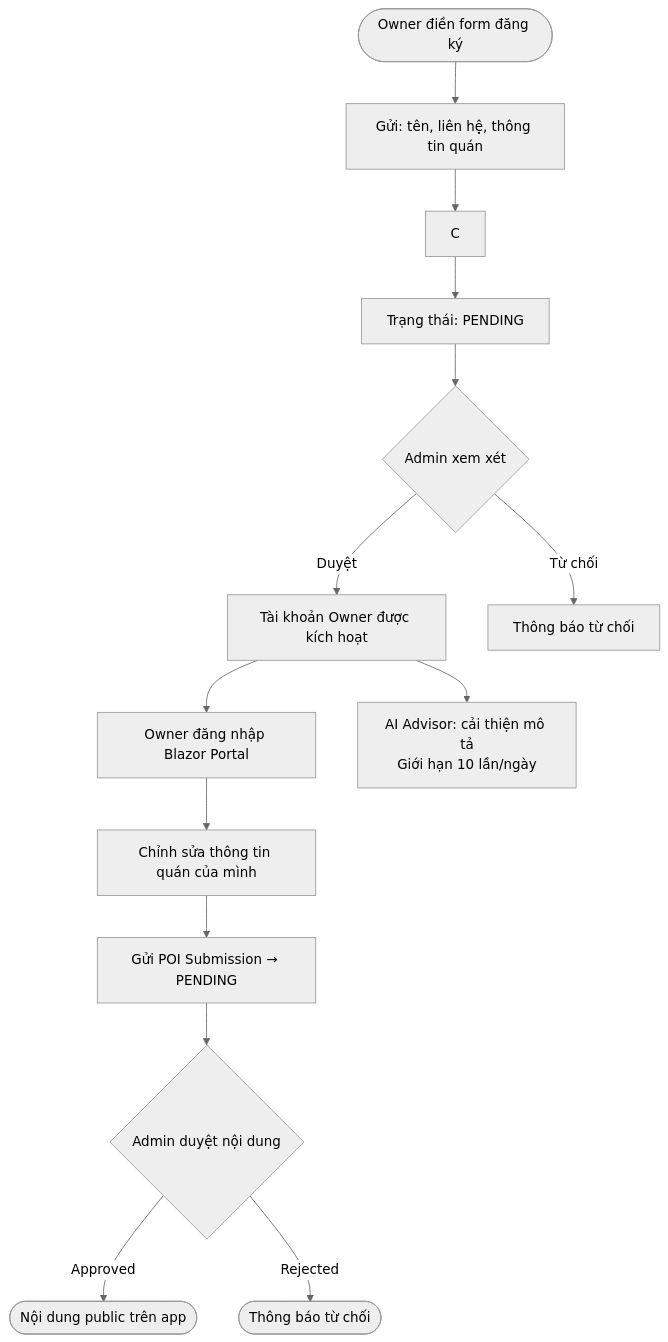
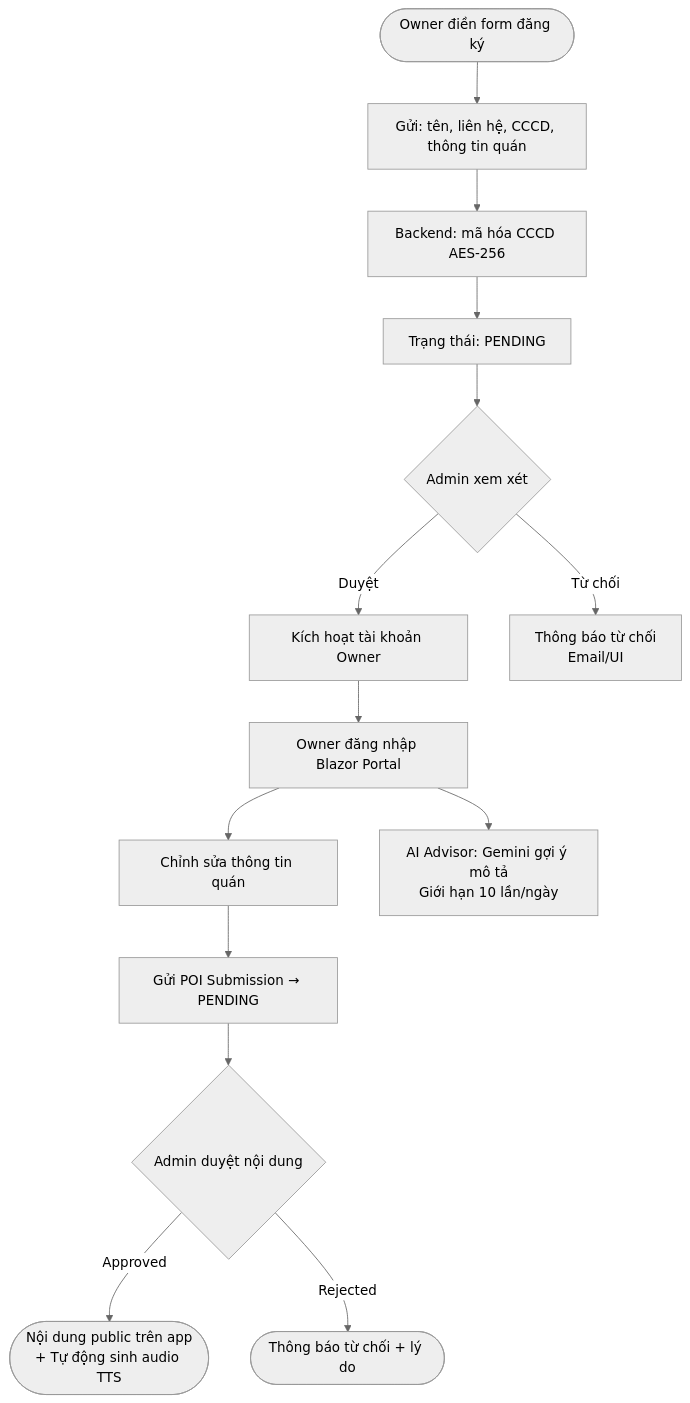
The seventh of 9 diagrams in README.md (DZT711/Audio_Guide_App), drawn with Mermaid (neutral theme) before and after one commit. The commit also changed other lines of this file, not shown here.

````diff
--- a/README.md
+++ b/README.md
@@ -265,16 +645,16 @@
 ```mermaid
 flowchart TD
-    A([Owner điền form đăng ký]) --> B[Gửi: tên, liên hệ, thông tin quán]
-    B --> C
+    A([Owner điền form đăng ký]) --> B[Gửi: tên, liên hệ, CCCD, thông tin quán]
+    B --> C[Backend: mã hóa CCCD AES-256]
     C --> D[Trạng thái: PENDING]
     D --> E{Admin xem xét}
-    E -- Duyệt --> F[Tài khoản Owner được kích hoạt]
-    E -- Từ chối --> G[Thông báo từ chối]
+    E -- Duyệt --> F[Kích hoạt tài khoản Owner]
+    E -- Từ chối --> G[Thông báo từ chối\nEmail/UI]
     F --> H[Owner đăng nhập Blazor Portal]
-    H --> I[Chỉnh sửa thông tin quán của mình]
+    H --> I[Chỉnh sửa thông tin quán]
     I --> J[Gửi POI Submission → PENDING]
     J --> K{Admin duyệt nội dung}
-    K -- Approved --> L([Nội dung public trên app])
-    K -- Rejected --> M([Thông báo từ chối])
-    F --> N[AI Advisor: cải thiện mô tả\nGiới hạn 10 lần/ngày]
+    K -- Approved --> L([Nội dung public trên app\n+ Tự động sinh audio TTS])
+    K -- Rejected --> M([Thông báo từ chối + lý do])
+    H --> N[AI Advisor: Gemini gợi ý mô tả\nGiới hạn 10 lần/ngày]
 ```
````
